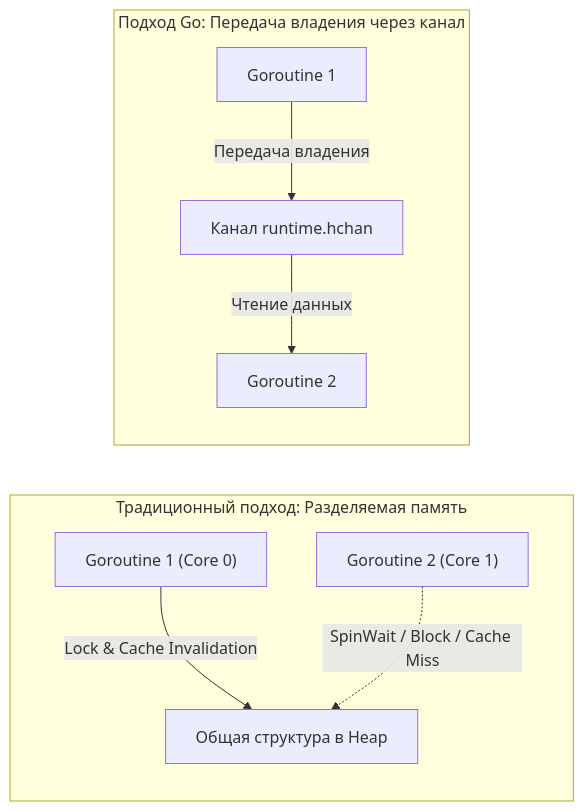
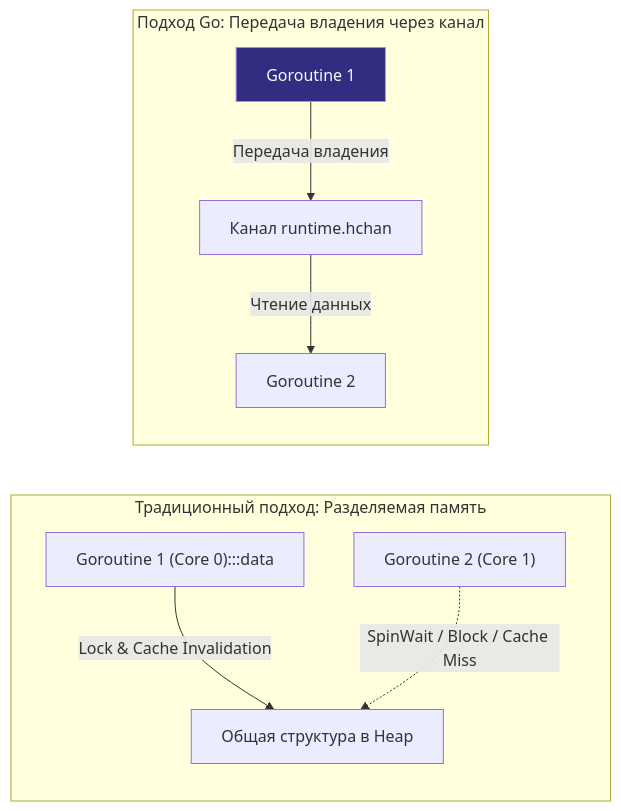
One commit to UnrealTemplier/go-textbook changed the diagram in sources/4. История и философия Go/8. Go Proverbs. Практический смысл известных цитат.md. Above: the diagram before and after it, drawn with Mermaid. The commit also changed 1666 other files, not shown here.

First line of the commit message:
feat(mermaid): add semantic color classDef to 1369 colorless flowchart/graph diagrams

````diff
--- a/sources/4. История и философия Go/8. Go Proverbs. Практический смысл известных цитат.md
+++ b/sources/4. История и философия Go/8. Go Proverbs. Практический смысл известных цитат.md
@@ -26,14 +26,24 @@
 ```mermaid
 flowchart LR
+    classDef process  fill:#1e293b,stroke:#38bdf8,stroke-width:1px,color:#f8fafc
+    classDef success  fill:#064e3b,stroke:#34d399,stroke-width:1px,color:#f8fafc
+    classDef error    fill:#7f1d1d,stroke:#f87171,stroke-width:1px,color:#f8fafc
+    classDef warning  fill:#78350f,stroke:#fbbf24,stroke-width:1px,color:#f8fafc
+    classDef entry    fill:#1e3a5f,stroke:#38bdf8,stroke-width:2px,color:#f8fafc
+    classDef aux      fill:#334155,stroke:#64748b,stroke-width:1px,color:#f8fafc
+    classDef system   fill:#312e81,stroke:#a78bfa,stroke-width:1px,color:#f8fafc
+    classDef data     fill:#132d29,stroke:#2dd4bf,stroke-width:1px,color:#f8fafc
+    classDef network  fill:#881337,stroke:#fb7185,stroke-width:1px,color:#f8fafc
+    classDef accent   fill:#1e1b4b,stroke:#818cf8,stroke-width:1px,color:#f8fafc
     subgraph SharedMemory["Традиционный подход: Разделяемая память"]
         direction TB
-        A1["Goroutine 1 (Core 0)"] -->|"Lock & Cache Invalidation"| B1["Общая структура в Heap"]
+        A1["Goroutine 1 (Core 0):::data"] -->|"Lock & Cache Invalidation"| B1["Общая структура в Heap"]
         C1["Goroutine 2 (Core 1)"] -.->|"SpinWait / Block / Cache Miss"| B1
     end
 
     subgraph GoProverbs["Подход Go: Передача владения через канал"]
         direction TB
-        A2["Goroutine 1"] -->|"Передача владения"| B2["Канал runtime.hchan"]
+        A2["Goroutine 1"]:::system -->|"Передача владения"| B2["Канал runtime.hchan"]
         B2 -->|"Чтение данных"| C2["Goroutine 2"]
     end
 ```
````
